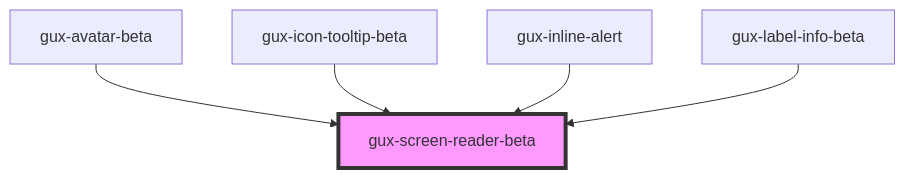
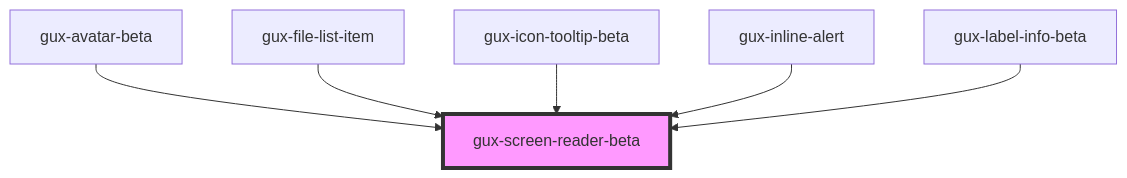
The diagram in packages/genesys-spark-components/src/components/beta/gux-screen-reader/readme.md (MyPureCloud/genesys-spark), drawn with Mermaid before and after one commit. The commit also changed other lines of this file and 22 other files, not shown here.

````diff
--- a/packages/genesys-spark-components/src/components/beta/gux-screen-reader/readme.md
+++ b/packages/genesys-spark-components/src/components/beta/gux-screen-reader/readme.md
@@ -25,8 +26,9 @@
 ```mermaid
 graph TD;
   gux-avatar-beta --> gux-screen-reader-beta
+  gux-file-list-item --> gux-screen-reader-beta
   gux-icon-tooltip-beta --> gux-screen-reader-beta
   gux-inline-alert --> gux-screen-reader-beta
   gux-label-info-beta --> gux-screen-reader-beta
   style gux-screen-reader-beta fill:#f9f,stroke:#333,stroke-width:4px
 ```
````
